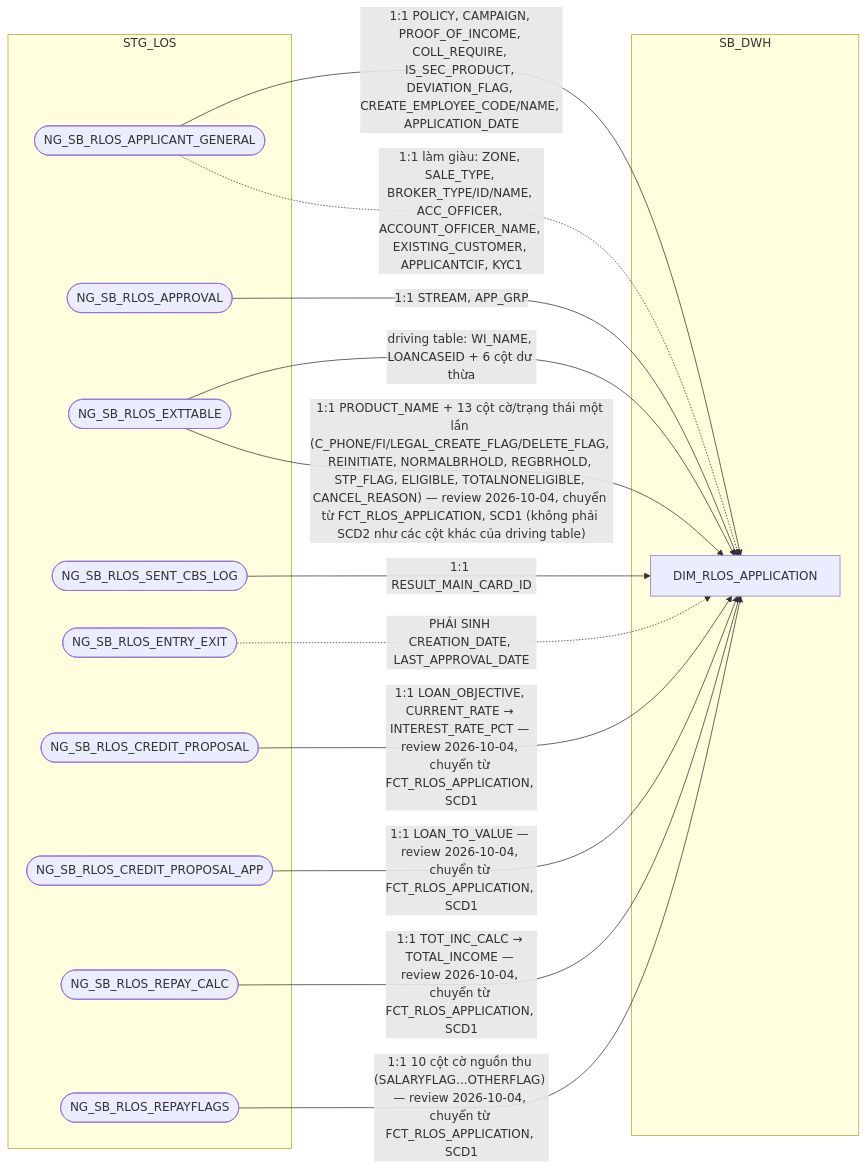
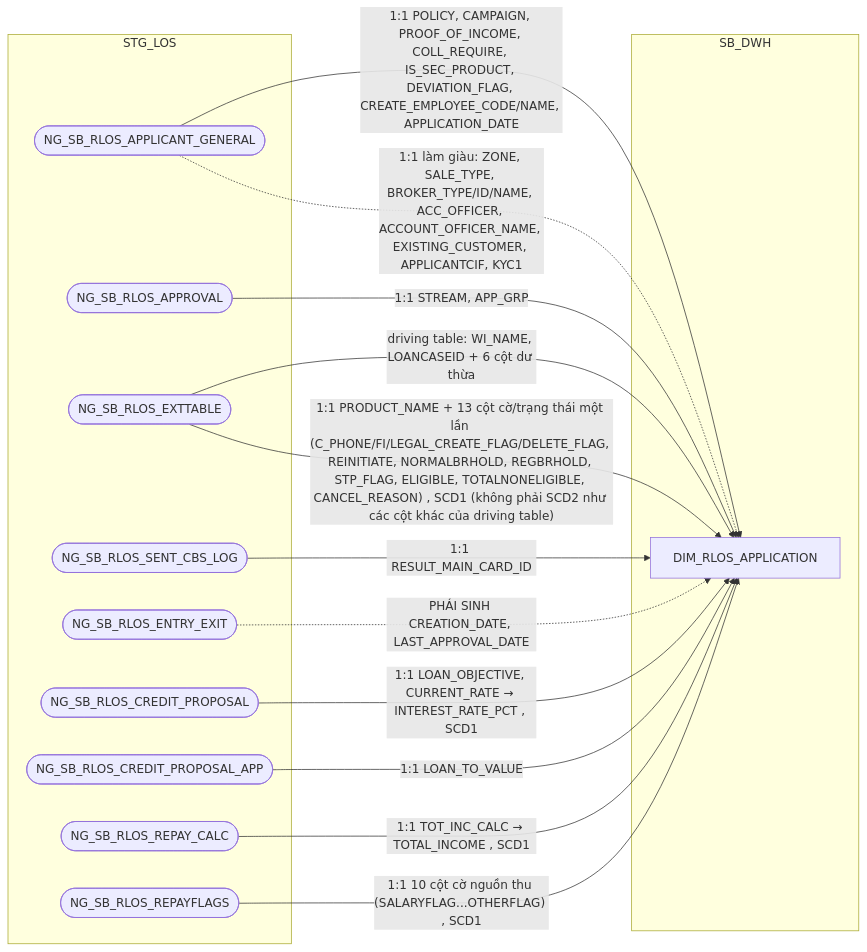
The eighth of 14 diagrams in hld/hld_review/HLD_DIM_SB_DWH_review.md (chien1198/sb-mapping-gen), drawn with Mermaid before and after one commit. The commit also changed other lines of this file and 9 other files, not shown here.

````diff
--- a/hld/hld_review/HLD_DIM_SB_DWH_review.md
+++ b/hld/hld_review/HLD_DIM_SB_DWH_review.md
@@ -368,28 +368,28 @@
 ```mermaid
 flowchart LR
     subgraph STG_LOS
         A(["NG_SB_RLOS_APPLICANT_GENERAL"])
         C(["NG_SB_RLOS_APPROVAL"])
         D(["NG_SB_RLOS_EXTTABLE"])
         E(["NG_SB_RLOS_SENT_CBS_LOG"])
         F(["NG_SB_RLOS_ENTRY_EXIT"])
         B1(["NG_SB_RLOS_CREDIT_PROPOSAL"])
         B2(["NG_SB_RLOS_CREDIT_PROPOSAL_APP"])
         B3(["NG_SB_RLOS_REPAY_CALC"])
         B4(["NG_SB_RLOS_REPAYFLAGS"])
     end
     subgraph SB_DWH
         G["DIM_RLOS_APPLICATION"]
     end
     D -->|"driving table: WI_NAME, LOANCASEID + 6 cột dư thừa"| G
     A -->|1:1 POLICY, CAMPAIGN, PROOF_OF_INCOME, COLL_REQUIRE, IS_SEC_PRODUCT, DEVIATION_FLAG, CREATE_EMPLOYEE_CODE/NAME, APPLICATION_DATE| G
     A -.->|"1:1 làm giàu: ZONE, SALE_TYPE, BROKER_TYPE/ID/NAME, ACC_OFFICER, ACCOUNT_OFFICER_NAME, EXISTING_CUSTOMER, APPLICANTCIF, KYC1"| G
     C -->|1:1 STREAM, APP_GRP| G
     E -->|1:1 RESULT_MAIN_CARD_ID| G
     F -.->|PHÁI SINH CREATION_DATE, LAST_APPROVAL_DATE| G
-    B1 -->|"1:1 LOAN_OBJECTIVE, CURRENT_RATE → INTEREST_RATE_PCT — review 2026-10-04, chuyển từ FCT_RLOS_APPLICATION, SCD1"| G
-    B2 -->|"1:1 LOAN_TO_VALUE — review 2026-10-04, chuyển từ FCT_RLOS_APPLICATION, SCD1"| G
-    B3 -->|"1:1 TOT_INC_CALC → TOTAL_INCOME — review 2026-10-04, chuyển từ FCT_RLOS_APPLICATION, SCD1"| G
-    B4 -->|"1:1 10 cột cờ nguồn thu (SALARYFLAG...OTHERFLAG) — review 2026-10-04, chuyển từ FCT_RLOS_APPLICATION, SCD1"| G
-    D -->|"1:1 PRODUCT_NAME + 13 cột cờ/trạng thái một lần (C_PHONE/FI/LEGAL_CREATE_FLAG/DELETE_FLAG, REINITIATE, NORMALBRHOLD, REGBRHOLD, STP_FLAG, ELIGIBLE, TOTALNONELIGIBLE, CANCEL_REASON) — review 2026-10-04, chuyển từ FCT_RLOS_APPLICATION, SCD1 (không phải SCD2 như các cột khác của driving table)"| G
+    B1 -->|"1:1 LOAN_OBJECTIVE, CURRENT_RATE → INTEREST_RATE_PCT , SCD1"| G
+    B2 -->|"1:1 LOAN_TO_VALUE"| G
+    B3 -->|"1:1 TOT_INC_CALC → TOTAL_INCOME , SCD1"| G
+    B4 -->|"1:1 10 cột cờ nguồn thu (SALARYFLAG...OTHERFLAG) , SCD1"| G
+    D -->|"1:1 PRODUCT_NAME + 13 cột cờ/trạng thái một lần (C_PHONE/FI/LEGAL_CREATE_FLAG/DELETE_FLAG, REINITIATE, NORMALBRHOLD, REGBRHOLD, STP_FLAG, ELIGIBLE, TOTALNONELIGIBLE, CANCEL_REASON) , SCD1 (không phải SCD2 như các cột khác của driving table)"| G
 ```
````
